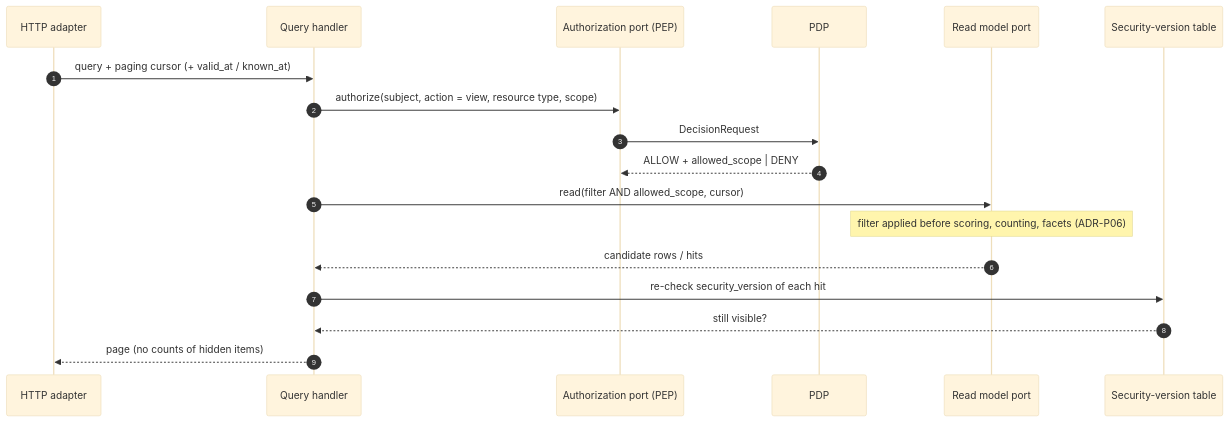
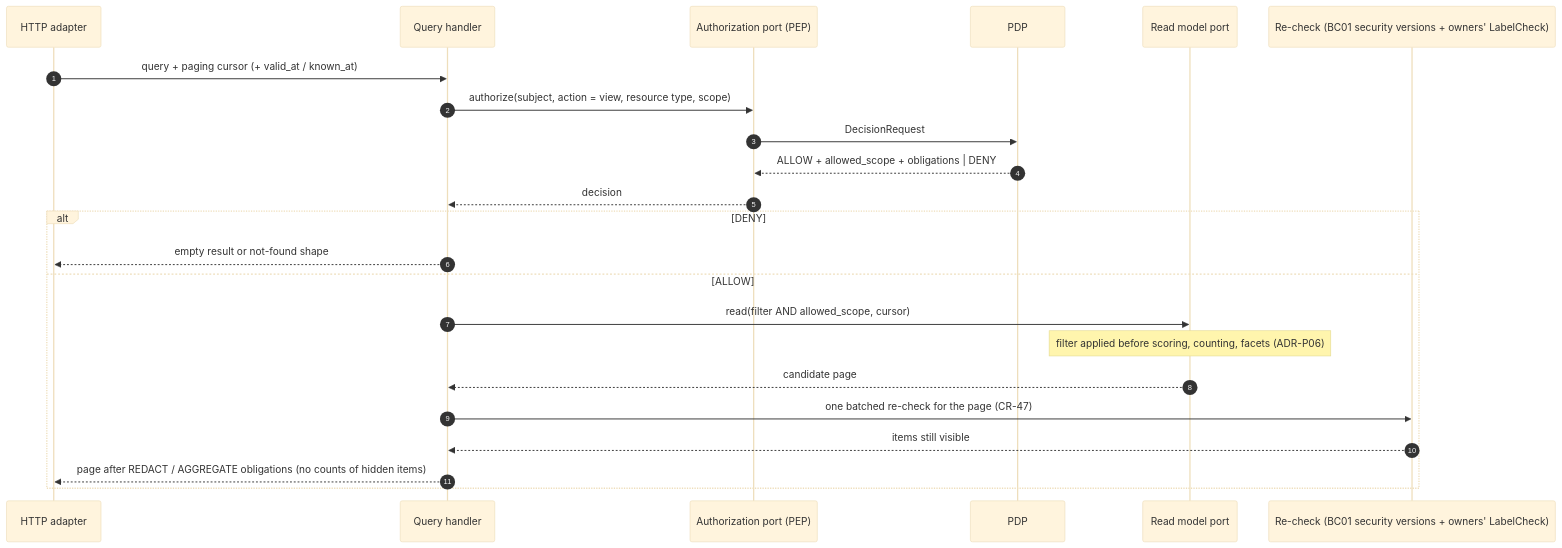
Before and after one commit to Ayoubkhattab/Planing: the third of 5 diagrams in spec/18-analysis-design/11-hexagonal-reference.md, drawn with Mermaid (base theme). The commit also changed other lines of this file and 6 other files, not shown here.

````diff
--- a/spec/18-analysis-design/11-hexagonal-reference.md
+++ b/spec/18-analysis-design/11-hexagonal-reference.md
@@ -158,20 +176,25 @@
 ```mermaid
 sequenceDiagram
   autonumber
   participant H as HTTP adapter
   participant Q as Query handler
   participant Z as Authorization port (PEP)
   participant D as PDP
   participant M as Read model port
-  participant S as Security-version table
+  participant L as Re-check (BC01 security versions + owners' LabelCheck)
   H->>Q: query + paging cursor (+ valid_at / known_at)
   Q->>Z: authorize(subject, action = view, resource type, scope)
   Z->>D: DecisionRequest
-  D-->>Z: ALLOW + allowed_scope  |  DENY
-  Q->>M: read(filter AND allowed_scope, cursor)
-  Note over M: filter applied before scoring, counting, facets (ADR-P06)
-  M-->>Q: candidate rows / hits
-  Q->>S: re-check security_version of each hit
-  S-->>Q: still visible?
-  Q-->>H: page (no counts of hidden items)
+  D-->>Z: ALLOW + allowed_scope + obligations | DENY
+  Z-->>Q: decision
+  alt DENY
+    Q-->>H: empty result or not-found shape
+  else ALLOW
+    Q->>M: read(filter AND allowed_scope, cursor)
+    Note over M: filter applied before scoring, counting, facets (ADR-P06)
+    M-->>Q: candidate page
+    Q->>L: one batched re-check for the page (CR-47)
+    L-->>Q: items still visible
+    Q-->>H: page after REDACT / AGGREGATE obligations (no counts of hidden items)
+  end
 ```
````
